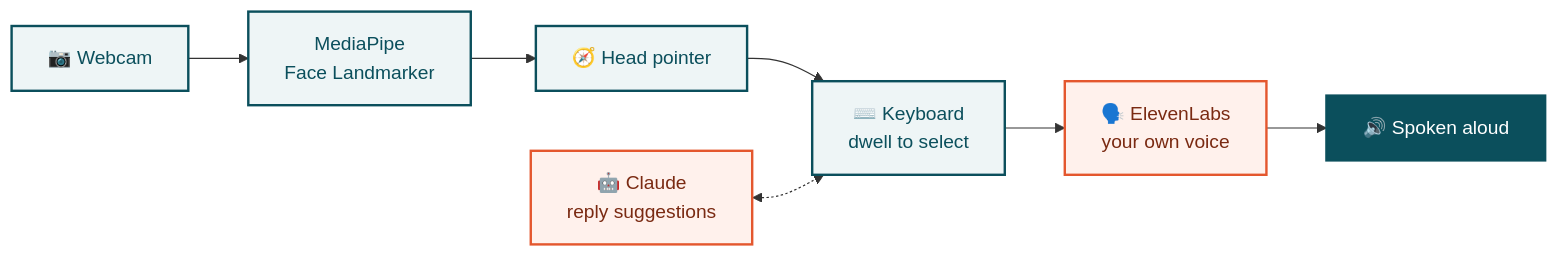
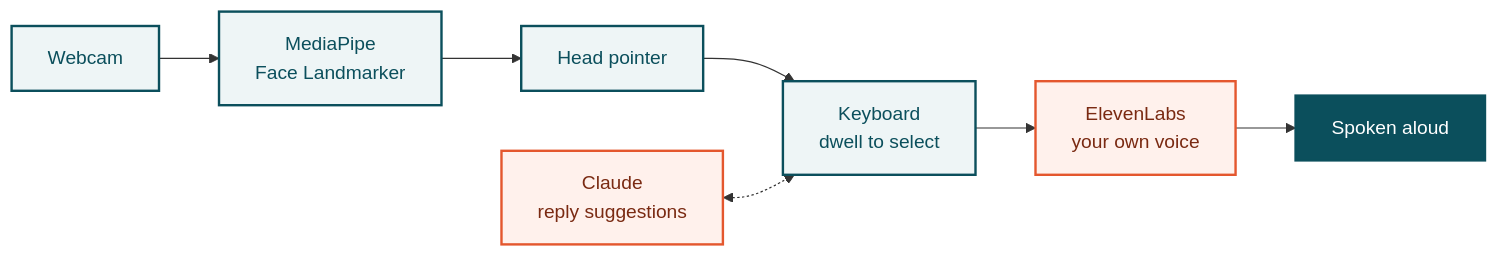
One commit to Dhandu7/HTC2026 changed the diagram in README.md. Above: the diagram before and after it, drawn with Mermaid. The commit also changed other lines of this file and 3 other files, not shown here.

Commit message:
Say 'speak with your head' and drop emojis from the diagram

````diff
--- a/README.md
+++ b/README.md
@@ -38,16 +38,16 @@
 ```mermaid
 flowchart LR
-    cam["📷 Webcam"] --> mp["MediaPipe<br/>Face Landmarker"]
-    mp --> head["🧭 Head pointer"]
-    head --> kb["⌨️ Keyboard<br/>dwell to select"]
-    kb --> voice["🗣️ ElevenLabs<br/>your own voice"]
-    voice --> out["🔊 Spoken aloud"]
-    llm["🤖 Claude<br/>reply suggestions"] <-.-> kb
+    cam["Webcam"] --> mp["MediaPipe<br/>Face Landmarker"]
+    mp --> head["Head pointer"]
+    head --> kb["Keyboard<br/>dwell to select"]
+    kb --> voice["ElevenLabs<br/>your own voice"]
+    voice --> out["Spoken aloud"]
+    llm["Claude<br/>reply suggestions"] <-.-> kb
 
     classDef local fill:#EEF5F6,stroke:#0B4F5C,color:#0B4F5C,stroke-width:2px
     classDef remote fill:#FFF1EC,stroke:#E4572E,color:#7A2A12,stroke-width:2px
     classDef result fill:#0B4F5C,stroke:#0B4F5C,color:#FFFFFF,stroke-width:2px
     class cam,mp,head,kb local
     class llm,voice remote
     class out result
 ```
````
